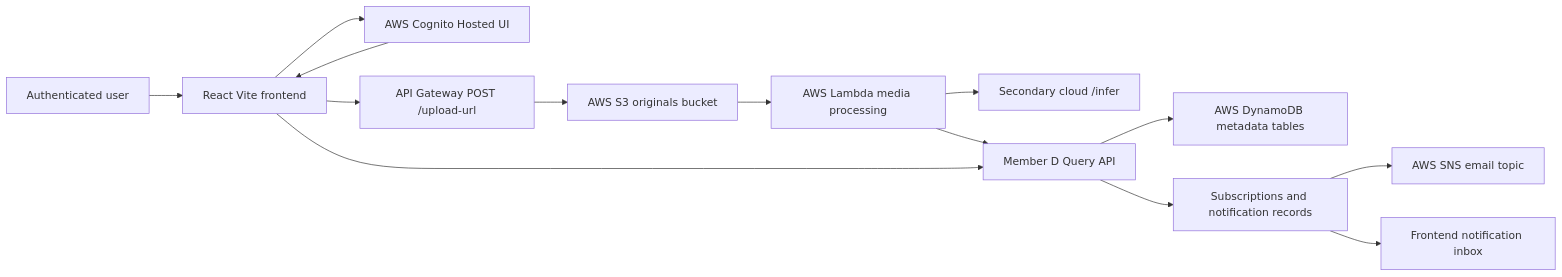
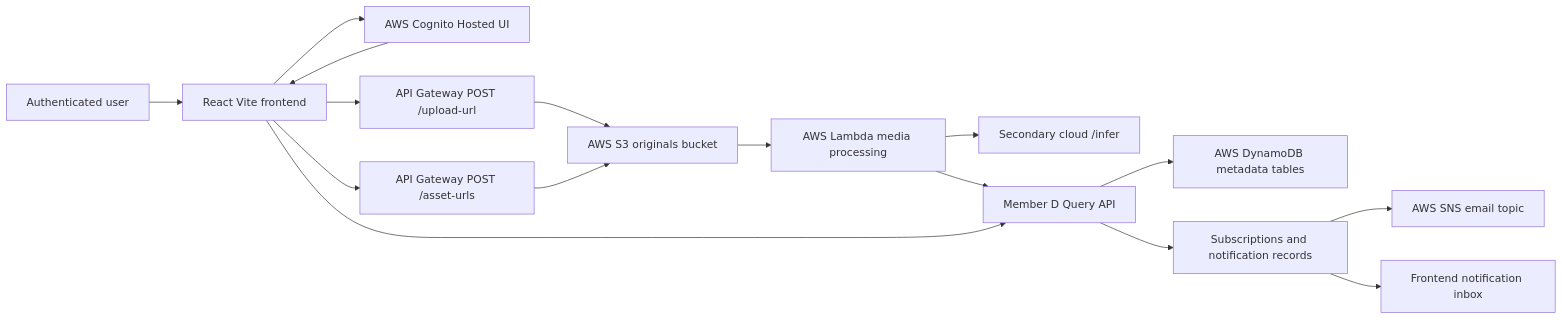
One commit to Quinby8930/FIT5225-Group-Task changed the diagram in docs/member-e/architecture.md. Above: the diagram before and after it, drawn with Mermaid. The commit also changed other lines of this file and 21 other files, not shown here.

Commit message:
feat: add protected private asset URLs

````diff
--- a/docs/member-e/architecture.md
+++ b/docs/member-e/architecture.md
@@ -18,16 +20,18 @@
 ```mermaid
 flowchart LR
   User[Authenticated user] --> UI[React Vite frontend]
   UI --> Cognito[AWS Cognito Hosted UI]
   Cognito --> UI
   UI --> Upload[API Gateway POST /upload-url]
   Upload --> S3[AWS S3 originals bucket]
+  UI --> Assets[API Gateway POST /asset-urls]
+  Assets --> S3
   S3 --> Processor[AWS Lambda media processing]
   Processor --> ML[Secondary cloud /infer]
   Processor --> Metadata[Member D Query API]
   UI --> Metadata
   Metadata --> DynamoDB[AWS DynamoDB metadata tables]
   Metadata --> Notify[Subscriptions and notification records]
   Notify --> SNS[AWS SNS email topic]
   Notify --> Inbox[Frontend notification inbox]
 ```
````
